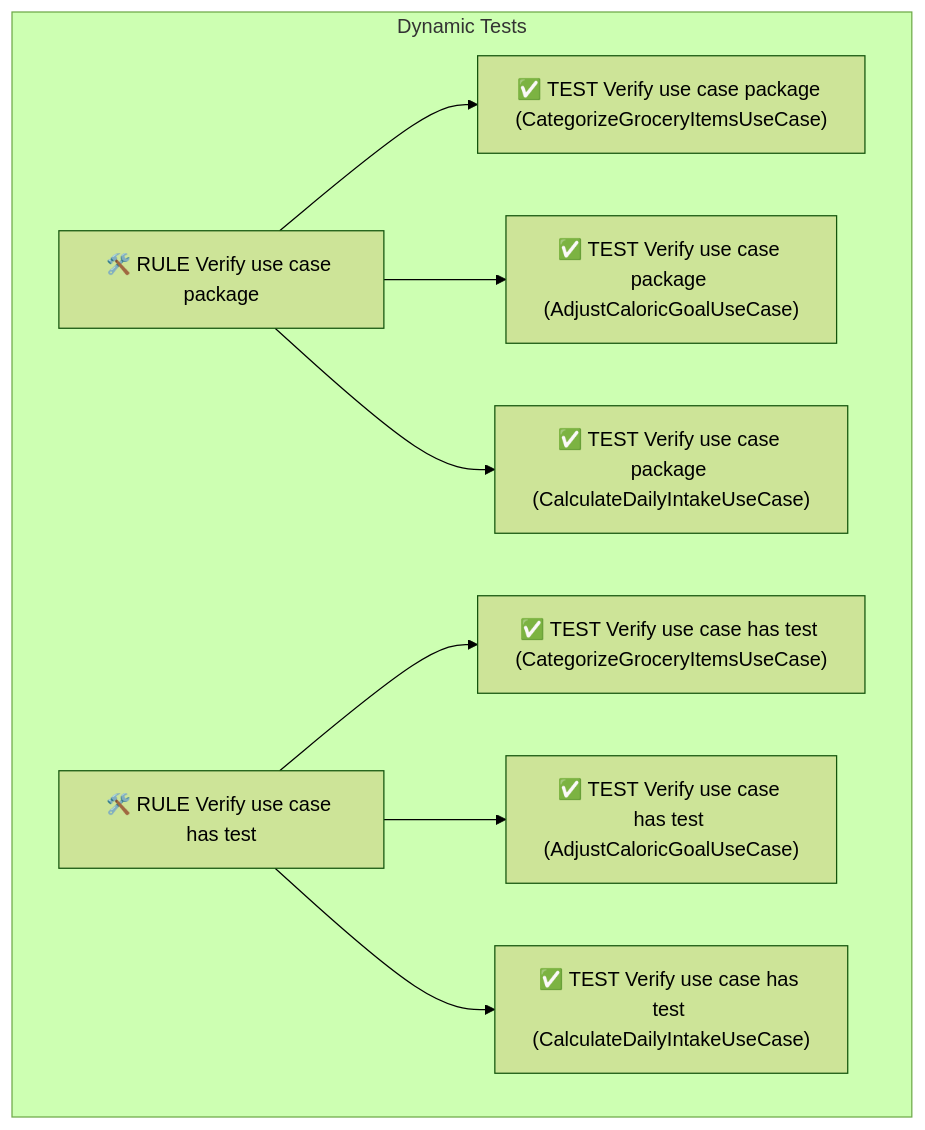
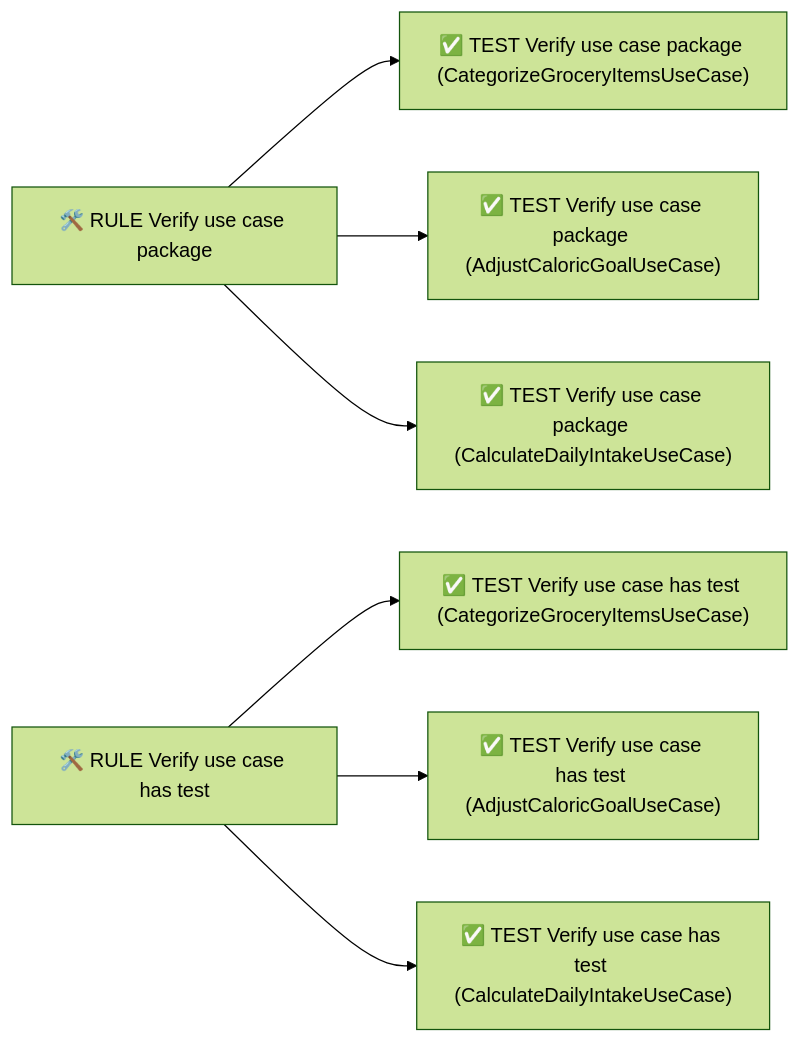
Before and after one commit to LemonAppDev/konsist-documentation: the third of 3 diagrams in advanced/dynamic-konsist-tests.md, drawn with Mermaid. The commit also changed other lines of this file, not shown here.

````diff
--- a/advanced/dynamic-konsist-tests.md
+++ b/advanced/dynamic-konsist-tests.md
@@ -93,26 +99,24 @@
 ```mermaid
 %%{init: {'theme':'forest'}}%%
-flowchart TB
-   subgraph Dynamic Tests
-    direction LR
+flowchart LR
     D1["🛠️ RULE Verify use case package"]
     D1 --> D1T1
     D1 --> D2T1
     D1 --> D3T1
 
     D2["🛠️ RULE Verify use case has test"]
     D2 --> D1T2
     D2 --> D2T2
     D2 --> D3T2
 
     D1T1["✅ TEST Verify use case package (CategorizeGroceryItemsUseCase)"]
     D1T2["✅ TEST Verify use case has test (CategorizeGroceryItemsUseCase)"]
 
     D2T1["✅ TEST Verify use case package (AdjustCaloricGoalUseCase)"]
     D2T2["✅ TEST Verify use case has test (AdjustCaloricGoalUseCase)"]
 
     D3T1["✅ TEST Verify use case package (CalculateDailyIntakeUseCase)"]
     D3T2["✅ TEST Verify use case has test (CalculateDailyIntakeUseCase)"]
-    end
+ 
  
 ```
````
